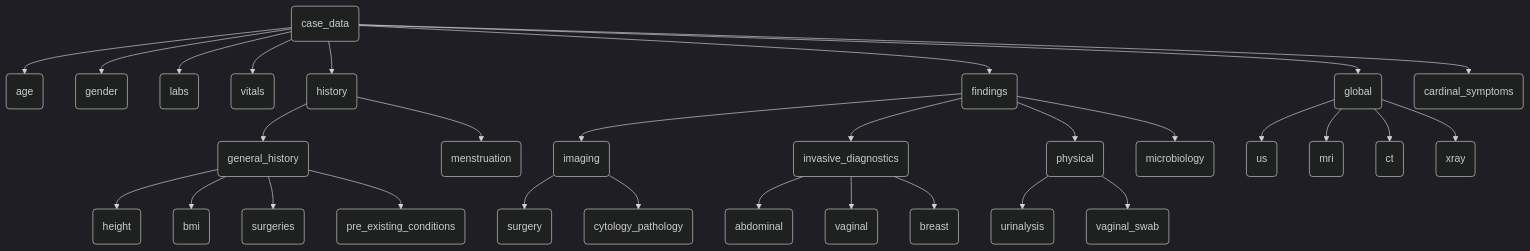
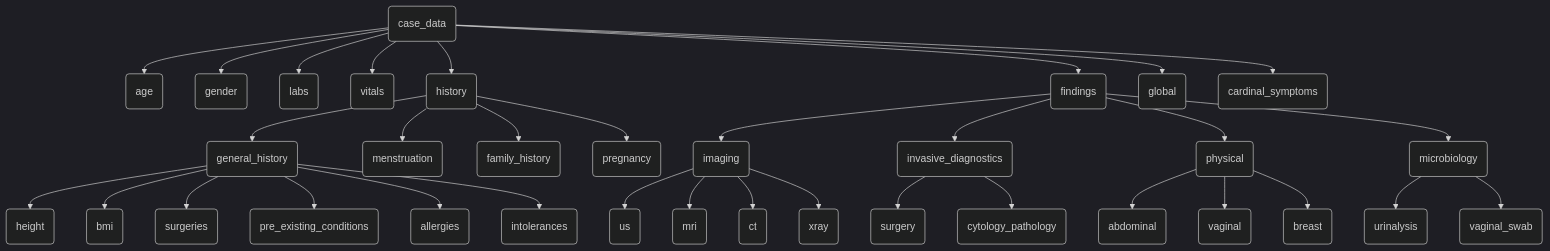
One commit to jan-cieslik/clinicedge_docs changed the diagram in docs/Database_Structure/3_2_2_case_templates.md. Above: the diagram before and after it, drawn with Mermaid (dark theme). The commit also changed other lines of this file and 2 other files, not shown here.

Commit message:
Small changes

````diff
--- a/docs/Database_Structure/3_2_2_case_templates.md
+++ b/docs/Database_Structure/3_2_2_case_templates.md
@@ -62,32 +65,36 @@
 ```mermaid
 graph TD 
     A(case_data) --> B(age) 
     A --> C(gender) 
     A --> D(labs) 
     A --> E(vitals) 
     A --> F(history) 
     F --> F1(general_history) 
     F1 --> F2(height) 
     F1 --> F3(bmi) 
     F1 --> F4(surgeries) 
-    F1 --> F5(pre_existing_conditions) 
-    F --> F6(menstruation) 
+    F1 --> F5(pre_existing_conditions)
+    F1 --> F6(allergies) 
+    F1 --> F7(intolerances)   
+    F --> F8(menstruation)
+    F --> F9(family_history)
+    F --> F10(pregnancy)
     A --> G(findings) 
     A --> G1(global) 
     G --> G2(imaging) 
-    G1 --> G21(us) 
-    G1 --> G22(mri) 
-    G1 --> G23(ct) 
-    G1 --> G24(xray) 
+    G2 --> G21(us) 
+    G2 --> G22(mri) 
+    G2 --> G23(ct) 
+    G2 --> G24(xray) 
     G --> G3(invasive_diagnostics) 
-    G2 --> G31(surgery) 
-    G2 --> G32(cytology_pathology) 
+    G3 --> G31(surgery) 
+    G3 --> G32(cytology_pathology) 
     G --> G4(physical) 
-    G3 --> G41(abdominal) 
-    G3 --> G42(vaginal) 
-    G3 --> G43(breast) 
+    G4 --> G41(abdominal) 
+    G4 --> G42(vaginal) 
+    G4 --> G43(breast) 
     G --> G5(microbiology) 
-    G4 --> G51(urinalysis) 
-    G4 --> G52(vaginal_swab) 
+    G5 --> G51(urinalysis) 
+    G5 --> G52(vaginal_swab) 
     A --> H(cardinal_symptoms)
 ```
````
